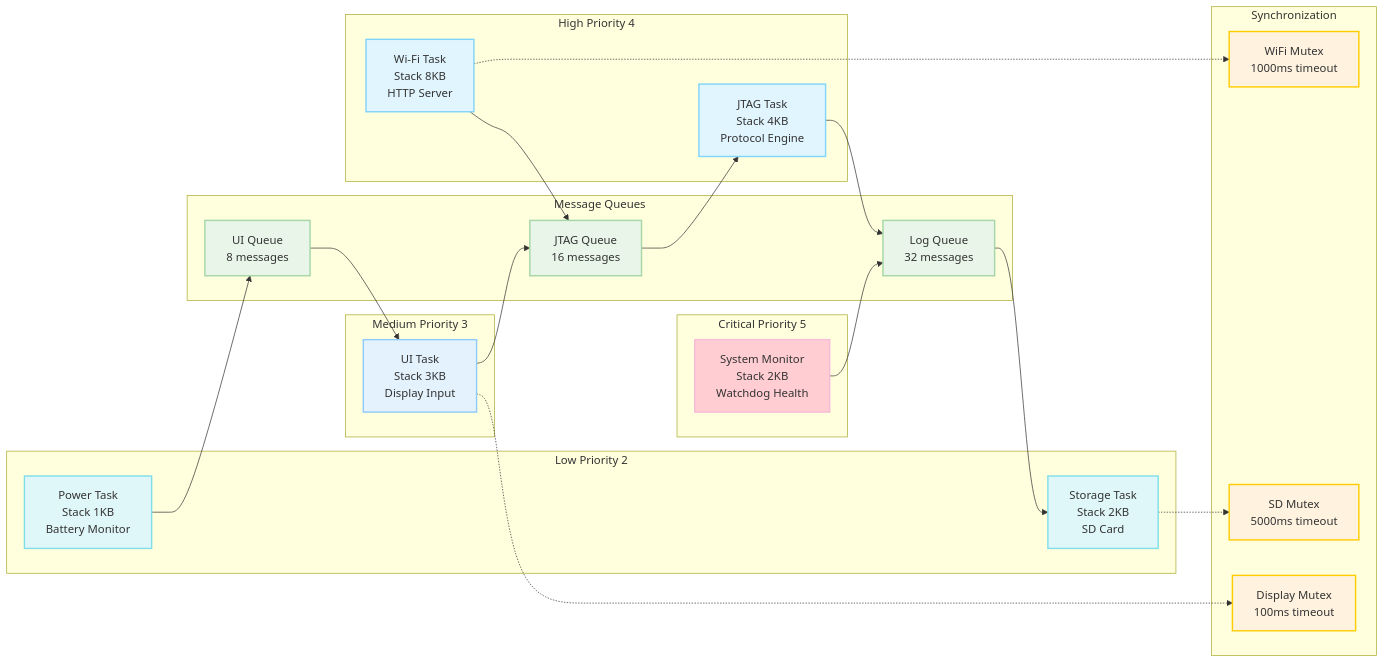
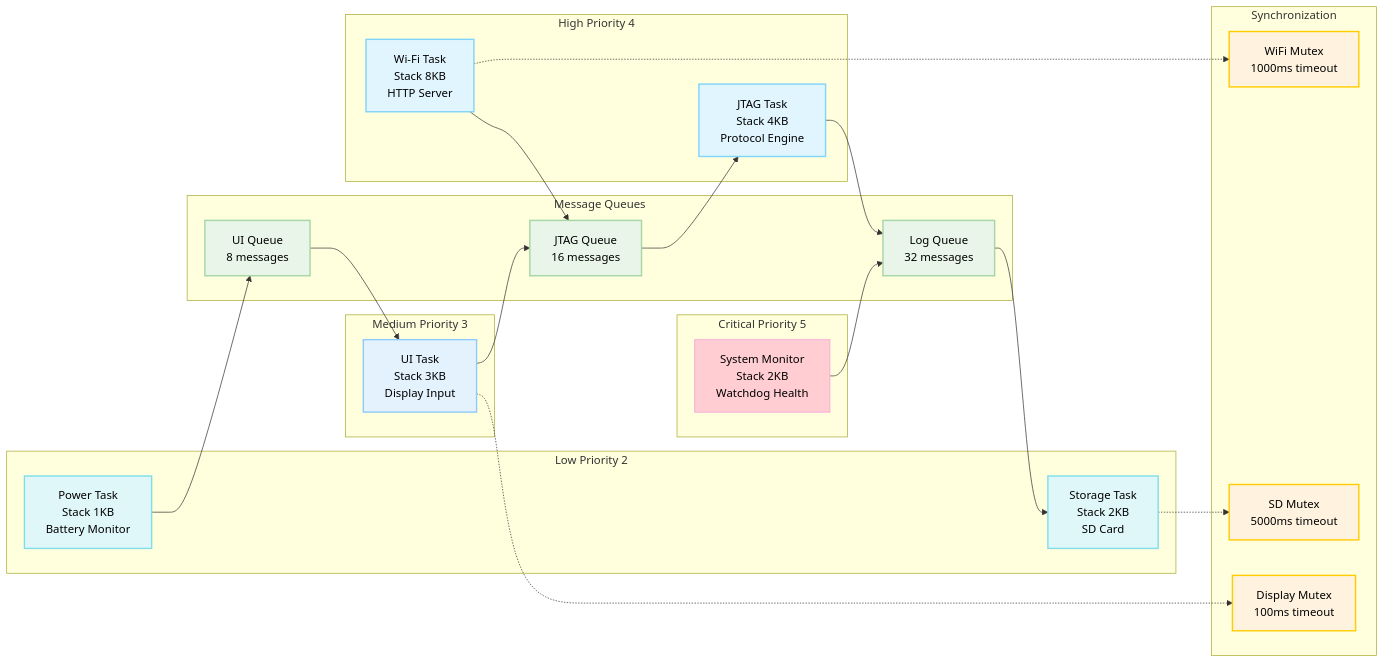
Before and after one commit to seedon198/KISS: the fifth of 10 diagrams in README.md, drawn with Mermaid. The commit also changed other lines of this file, not shown here.

First line of the commit message:
🎨 Apply subtle pastel colors to JTAG/SWD and Task Architecture diagrams

````diff
--- a/README.md
+++ b/README.md
@@ -391,60 +391,60 @@
 ```mermaid
 flowchart LR
     subgraph CRITICAL [" Critical Priority 5 "]
         SYS["System Monitor<br/>Stack 2KB<br/>Watchdog Health"]
     end
     
     subgraph HIGH [" High Priority 4 "]
         WIFI["Wi-Fi Task<br/>Stack 8KB<br/>HTTP Server"]
         JTAG["JTAG Task<br/>Stack 4KB<br/>Protocol Engine"]
     end
     
     subgraph MEDIUM [" Medium Priority 3 "]
         UI["UI Task<br/>Stack 3KB<br/>Display Input"]
     end
     
     subgraph LOW [" Low Priority 2 "]
         PWR["Power Task<br/>Stack 1KB<br/>Battery Monitor"]
         STORE["Storage Task<br/>Stack 2KB<br/>SD Card"]
     end
     
     subgraph QUEUES [" Message Queues "]
         Q1["JTAG Queue<br/>16 messages"]
         Q2["UI Queue<br/>8 messages"]
         Q3["Log Queue<br/>32 messages"]
     end
     
     subgraph SYNC [" Synchronization "]
         S1["WiFi Mutex<br/>1000ms timeout"]
         S2["SD Mutex<br/>5000ms timeout"]
         S3["Display Mutex<br/>100ms timeout"]
     end
     
     WIFI --> Q1
     UI --> Q1
     Q1 --> JTAG
     Q2 --> UI
     Q3 --> STORE
     
     JTAG --> Q3
     SYS --> Q3
     PWR --> Q2
     
     WIFI -.-> S1
     STORE -.-> S2
     UI -.-> S3
     
-    classDef critical fill:#ffcdd2,stroke:#f8bbd9,stroke-width:2px
-    classDef high fill:#e1f5fe,stroke:#81d4fa,stroke-width:2px
-    classDef medium fill:#e3f2fd,stroke:#90caf9,stroke-width:2px
-    classDef low fill:#e0f7fa,stroke:#80deea,stroke-width:2px
-    classDef queue fill:#e8f5e8,stroke:#a5d6a7,stroke-width:2px
-    classDef sync fill:#fff3e0,stroke:#ffcc02,stroke-width:2px
+    classDef critical fill:#ffcdd2,stroke:#f8bbd9,stroke-width:2px,color:#000
+    classDef high fill:#e1f5fe,stroke:#81d4fa,stroke-width:2px,color:#000
+    classDef medium fill:#e3f2fd,stroke:#90caf9,stroke-width:2px,color:#000
+    classDef low fill:#e0f7fa,stroke:#80deea,stroke-width:2px,color:#000
+    classDef queue fill:#e8f5e8,stroke:#a5d6a7,stroke-width:2px,color:#000
+    classDef sync fill:#fff3e0,stroke:#ffcc02,stroke-width:2px,color:#000
     
     class SYS critical
     class WIFI,JTAG high
     class UI medium
     class PWR,STORE low
     class Q1,Q2,Q3 queue
     class S1,S2,S3 sync
 ```
````
